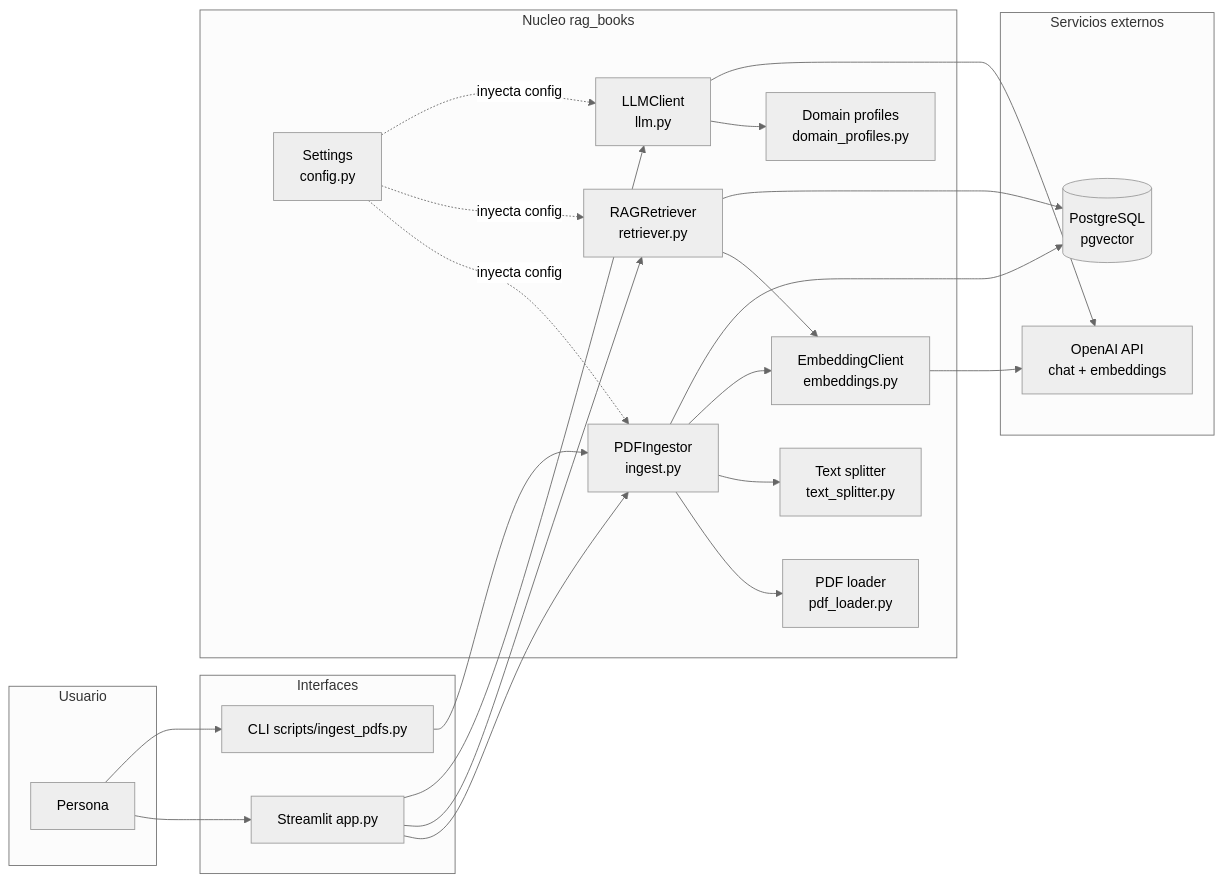
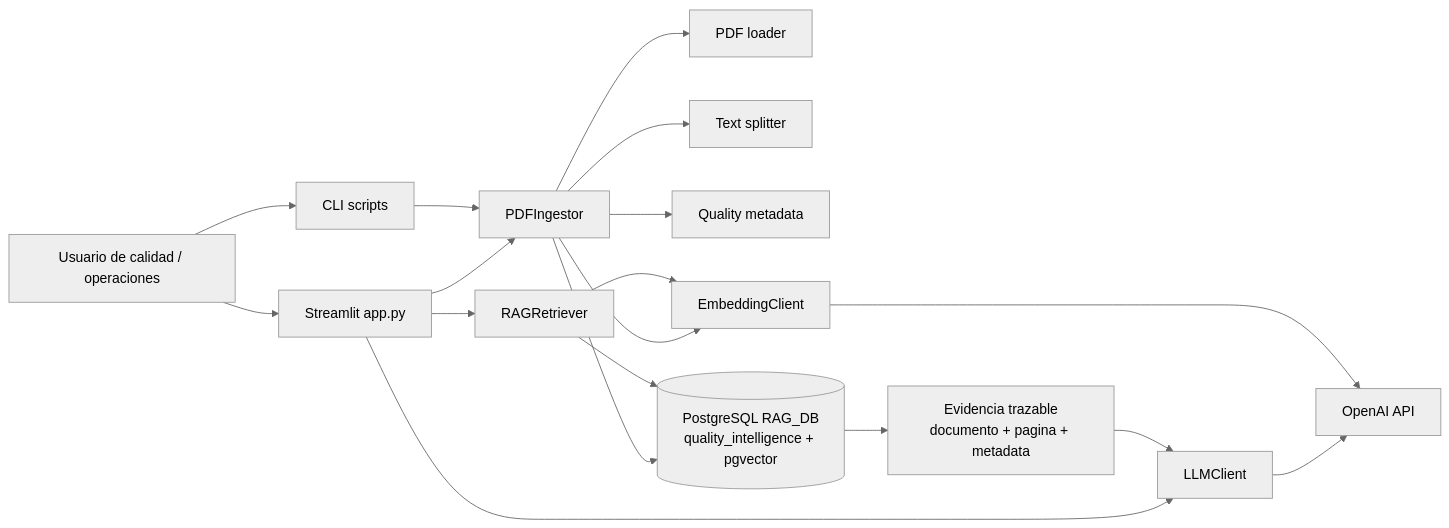
Before and after one commit to fjgonzalezmgt/RAG_QA: the first of 2 diagrams in README.md, drawn with Mermaid (neutral theme). The commit also changed other lines of this file and 11 other files, not shown here.

First line of the commit message:
feat: Implement Quality Intelligence Assistant features

````diff
--- a/README.md
+++ b/README.md
@@ -17,49 +63,24 @@
 ```mermaid
 flowchart LR
-    subgraph User["Usuario"]
-        U[Persona]
-    end
+    U["Usuario de calidad / operaciones"] --> ST["Streamlit app.py"]
+    U --> CLI["CLI scripts"]
 
-    subgraph UI["Interfaces"]
-        ST["Streamlit app.py"]
-        CLI["CLI scripts/ingest_pdfs.py"]
-    end
-
-    subgraph Core["Nucleo rag_books"]
-        ING["PDFIngestor<br/>ingest.py"]
-        PDF["PDF loader<br/>pdf_loader.py"]
-        SPL["Text splitter<br/>text_splitter.py"]
-        EMB["EmbeddingClient<br/>embeddings.py"]
-        RET["RAGRetriever<br/>retriever.py"]
-        LLM["LLMClient<br/>llm.py"]
-        PROF["Domain profiles<br/>domain_profiles.py"]
-        CFG["Settings<br/>config.py"]
-    end
-
-    subgraph External["Servicios externos"]
-        OAI["OpenAI API<br/>chat + embeddings"]
-        PG[("PostgreSQL<br/>pgvector")]
-    end
-
-    U --> ST
-    U --> CLI
-    ST --> ING
-    ST --> RET
-    ST --> LLM
+    ST --> ING["PDFIngestor"]
+    ST --> RET["RAGRetriever"]
+    ST --> LLM["LLMClient"]
     CLI --> ING
 
-    ING --> PDF
-    ING --> SPL
-    ING --> EMB
-    ING --> PG
+    ING --> PDF["PDF loader"]
+    ING --> SPL["Text splitter"]
+    ING --> META["Quality metadata"]
+    ING --> EMB["EmbeddingClient"]
+    ING --> PG[("PostgreSQL RAG_DB<br/>quality_intelligence + pgvector")]
 
     RET --> EMB
     RET --> PG
-    LLM --> PROF
-    LLM --> OAI
+    LLM --> OAI["OpenAI API"]
     EMB --> OAI
 
-    CFG -.->|inyecta config| ING
-    CFG -.->|inyecta config| RET
-    CFG -.->|inyecta config| LLM
+    PG --> EV["Evidencia trazable<br/>documento + pagina + metadata"]
+    EV --> LLM
 ```
````
